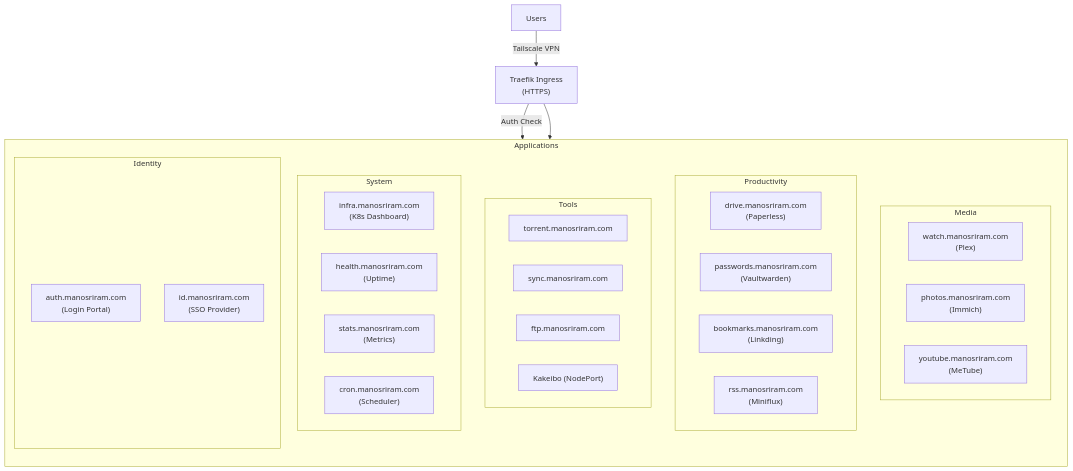
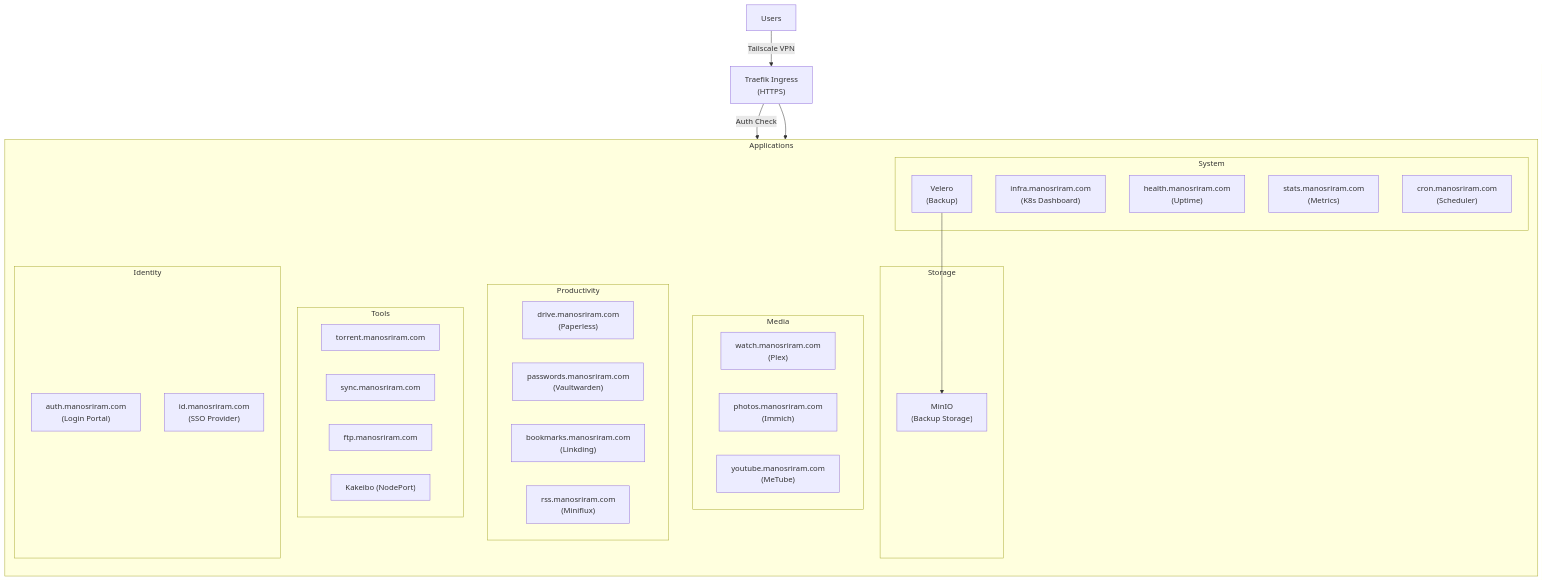
Before and after one commit to manosriram/homelab-k3s: the diagram in README.md, drawn with Mermaid. The commit also changed other lines of this file, not shown here.

Commit message:
Add Velero and MinIO to README for backup details

````diff
--- a/README.md
+++ b/README.md
@@ -7,42 +7,49 @@
 ```mermaid
 flowchart TB
     Users["Users"] -->|Tailscale VPN| Traefik["Traefik Ingress\n(HTTPS)"]
     Traefik -->|Auth Check| Tinyauth["Tinyauth"]
     Traefik --> Services
     
     subgraph Services["Applications"]
         direction TB
         
         subgraph Media["Media"]
             Plex["watch.manosriram.com\n(Plex)"]
             Immich["photos.manosriram.com\n(Immich)"]
             MeTube["youtube.manosriram.com\n(MeTube)"]
         end
         
         subgraph Productivity["Productivity"]
             Paperless["drive.manosriram.com\n(Paperless)"]
             Vaultwarden["passwords.manosriram.com\n(Vaultwarden)"]
             Linkding["bookmarks.manosriram.com\n(Linkding)"]
             Miniflux["rss.manosriram.com\n(Miniflux)"]
         end
         
         subgraph Tools["Tools"]
             qBittorrent["torrent.manosriram.com"]
             Syncthing["sync.manosriram.com"]
             Copyparty["ftp.manosriram.com"]
             Kakeibo["Kakeibo (NodePort)"]
         end
         
         subgraph System["System"]
             Headlamp["infra.manosriram.com\n(K8s Dashboard)"]
             Gatus["health.manosriram.com\n(Uptime)"]
             Beszel["stats.manosriram.com\n(Metrics)"]
             Cronicle["cron.manosriram.com\n(Scheduler)"]
+            Velero["Velero\n(Backup)"]
         end
+        
+        subgraph Storage["Storage"]
+            MinIO["MinIO\n(Backup Storage)"]
+        end
+        
+        Velero --> MinIO
         
         subgraph Auth["Identity"]
             Tinyauth["auth.manosriram.com\n(Login Portal)"]
             PocketID["id.manosriram.com\n(SSO Provider)"]
         end
     end
 ```
````
